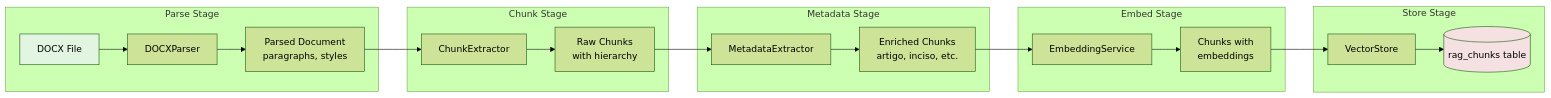
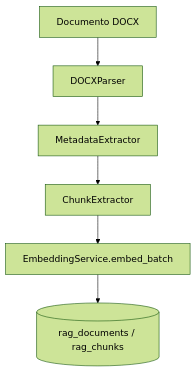
The third of 3 diagrams in docs/architecture.md (prof-ramos/BotSalinha), drawn with Mermaid (forest theme) before and after one commit. The commit also changed other lines of this file and 62 other files, not shown here.

````diff
--- a/docs/architecture.md
+++ b/docs/architecture.md
@@ -261,30 +78,8 @@
 ```mermaid
-flowchart LR
-    subgraph "Parse Stage"
-        A[DOCX File] --> B[DOCXParser]
-        B --> C[Parsed Document<br/>paragraphs, styles]
-    end
-
-    subgraph "Chunk Stage"
-        C --> D[ChunkExtractor]
-        D --> E[Raw Chunks<br/>with hierarchy]
-    end
-
-    subgraph "Metadata Stage"
-        E --> F[MetadataExtractor]
-        F --> G[Enriched Chunks<br/>artigo, inciso, etc.]
-    end
-
-    subgraph "Embed Stage"
-        G --> H[EmbeddingService]
-        H --> I[Chunks with<br/>embeddings]
-    end
-
-    subgraph "Store Stage"
-        I --> J[VectorStore]
-        J --> K[(rag_chunks table)]
-    end
-
-    style A fill:#e1f5e1
-    style K fill:#f5e1e1
+flowchart TD
+    D[Documento DOCX] --> P[DOCXParser]
+    P --> M[MetadataExtractor]
+    M --> C[ChunkExtractor]
+    C --> E[EmbeddingService.embed_batch]
+    E --> DB[(rag_documents / rag_chunks)]
 ```
````
